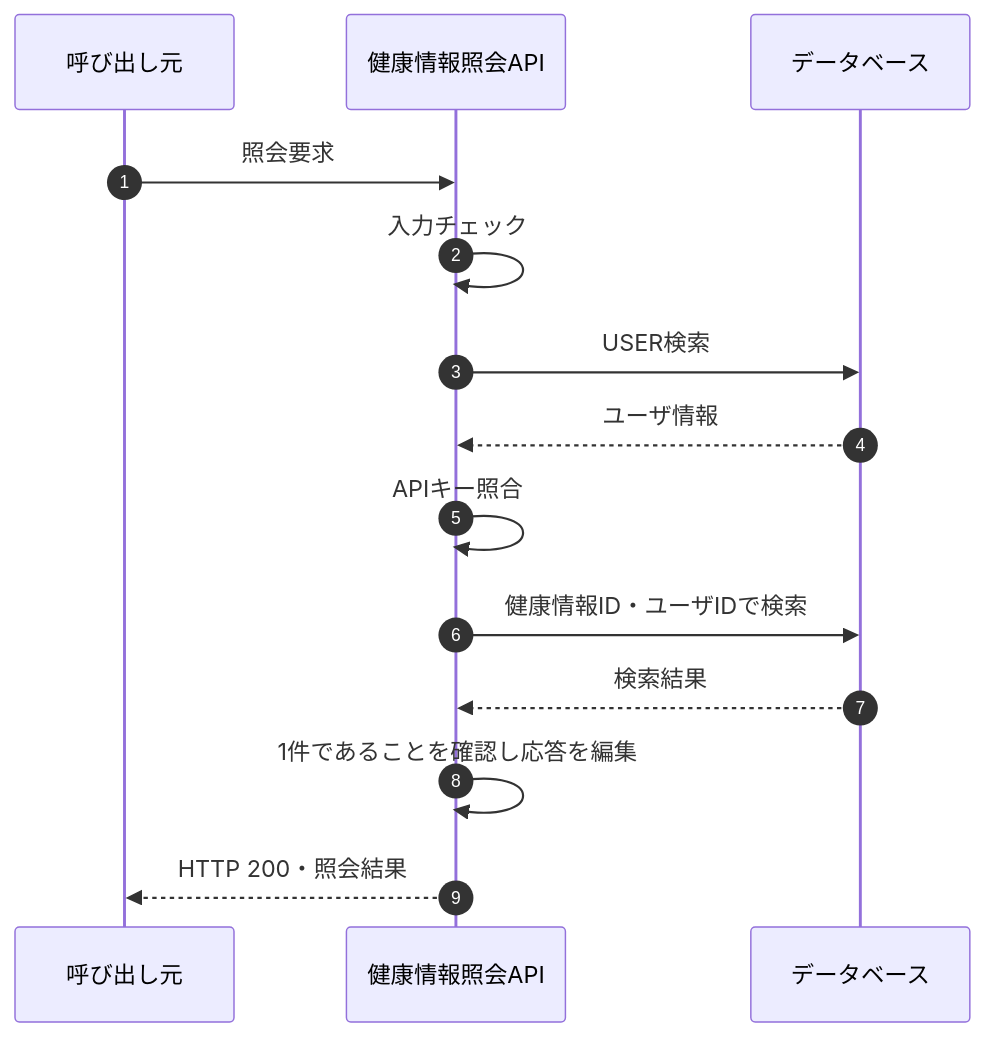
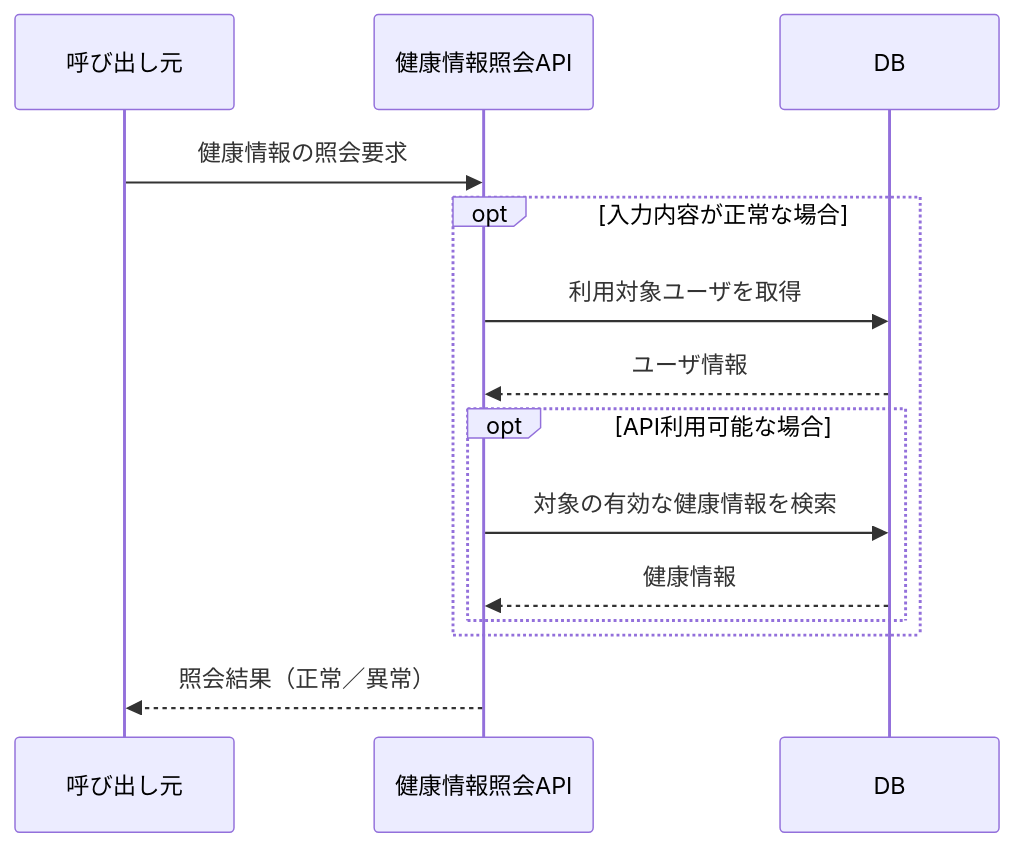
One commit to kohei-okazaki/work-3g changed the first of 3 diagrams in ha-docs/design/02_api/設計書_2.2.健康情報照会API.md. Above: the diagram before and after it, drawn with Mermaid. The commit also changed other lines of this file and 67 other files, not shown here.

````diff
--- a/ha-docs/design/02_api/設計書_2.2.健康情報照会API.md
+++ b/ha-docs/design/02_api/設計書_2.2.健康情報照会API.md
@@ -102,16 +11,16 @@
 ```mermaid
 sequenceDiagram
-    autonumber
     participant C as 呼び出し元
     participant A as 健康情報照会API
-    participant D as データベース
-    C->>A: 照会要求
-    A->>A: 入力チェック
-    A->>D: USER検索
-    D-->>A: ユーザ情報
-    A->>A: APIキー照合
-    A->>D: 健康情報ID・ユーザIDで検索
-    D-->>A: 検索結果
-    A->>A: 1件であることを確認し応答を編集
-    A-->>C: HTTP 200・照会結果
+    participant D as DB
+    C->>A: 健康情報の照会要求
+    opt 入力内容が正常な場合
+        A->>D: 利用対象ユーザを取得
+        D-->>A: ユーザ情報
+        opt API利用可能な場合
+            A->>D: 対象の有効な健康情報を検索
+            D-->>A: 健康情報
+        end
+    end
+    A-->>C: 照会結果（正常／異常）
 ```
````
